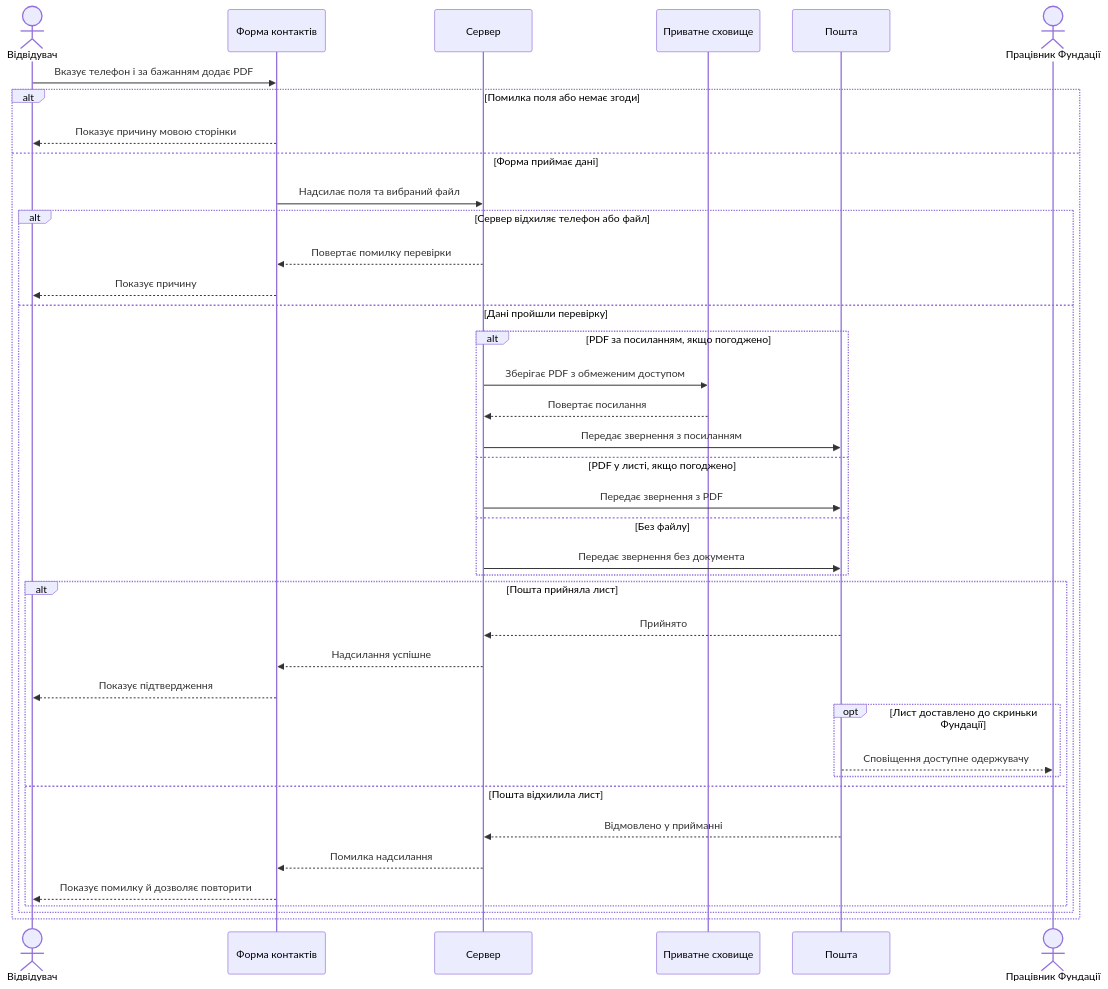
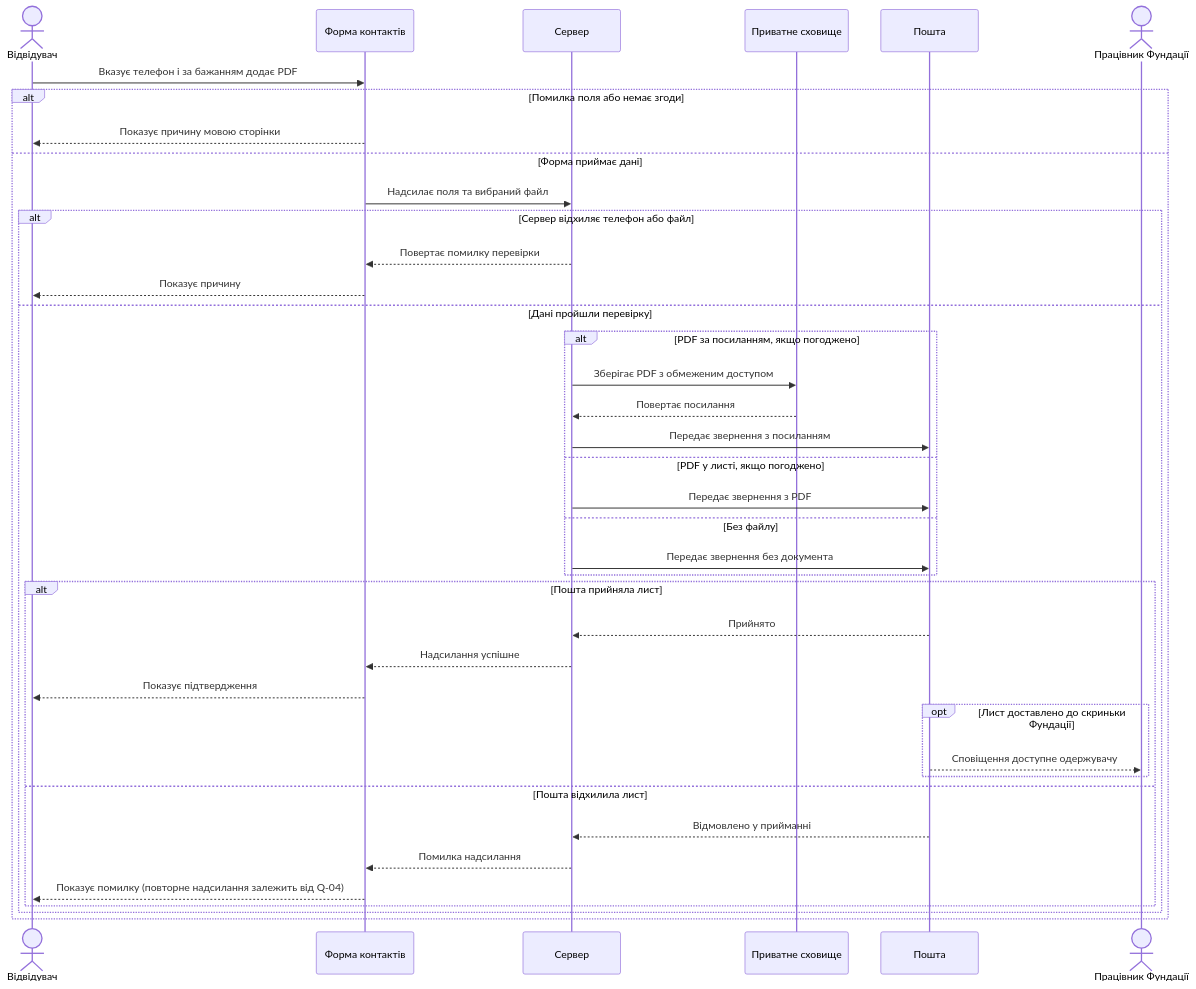
Before and after one commit to denterra/sdd-workshop-DenisT: the diagram in docs/contact-form-feature.md, drawn with Mermaid. The commit also changed other lines of this file, not shown here.

````diff
--- a/docs/contact-form-feature.md
+++ b/docs/contact-form-feature.md
@@ -37,41 +37,41 @@
 ```mermaid
 sequenceDiagram
     actor Visitor as Відвідувач
     participant Form as Форма контактів
     participant API as Сервер
     participant Store as Приватне сховище
     participant Mail as Пошта
     actor Staff as Працівник Фундації
     Visitor->>Form: Вказує телефон і за бажанням додає PDF
     alt Помилка поля або немає згоди
         Form-->>Visitor: Показує причину мовою сторінки
     else Форма приймає дані
         Form->>API: Надсилає поля та вибраний файл
         alt Сервер відхиляє телефон або файл
             API-->>Form: Повертає помилку перевірки
             Form-->>Visitor: Показує причину
         else Дані пройшли перевірку
             alt PDF за посиланням, якщо погоджено
                 API->>Store: Зберігає PDF з обмеженим доступом
                 Store-->>API: Повертає посилання
                 API->>Mail: Передає звернення з посиланням
             else PDF у листі, якщо погоджено
                 API->>Mail: Передає звернення з PDF
             else Без файлу
                 API->>Mail: Передає звернення без документа
             end
             alt Пошта прийняла лист
                 Mail-->>API: Прийнято
                 API-->>Form: Надсилання успішне
                 Form-->>Visitor: Показує підтвердження
                 opt Лист доставлено до скриньки Фундації
                     Mail-->>Staff: Сповіщення доступне одержувачу
                 end
             else Пошта відхилила лист
                 Mail-->>API: Відмовлено у прийманні
                 API-->>Form: Помилка надсилання
-                Form-->>Visitor: Показує помилку й дозволяє повторити
+                Form-->>Visitor: Показує помилку (повторне надсилання залежить від Q-04)
             end
         end
     end
 ```
````
